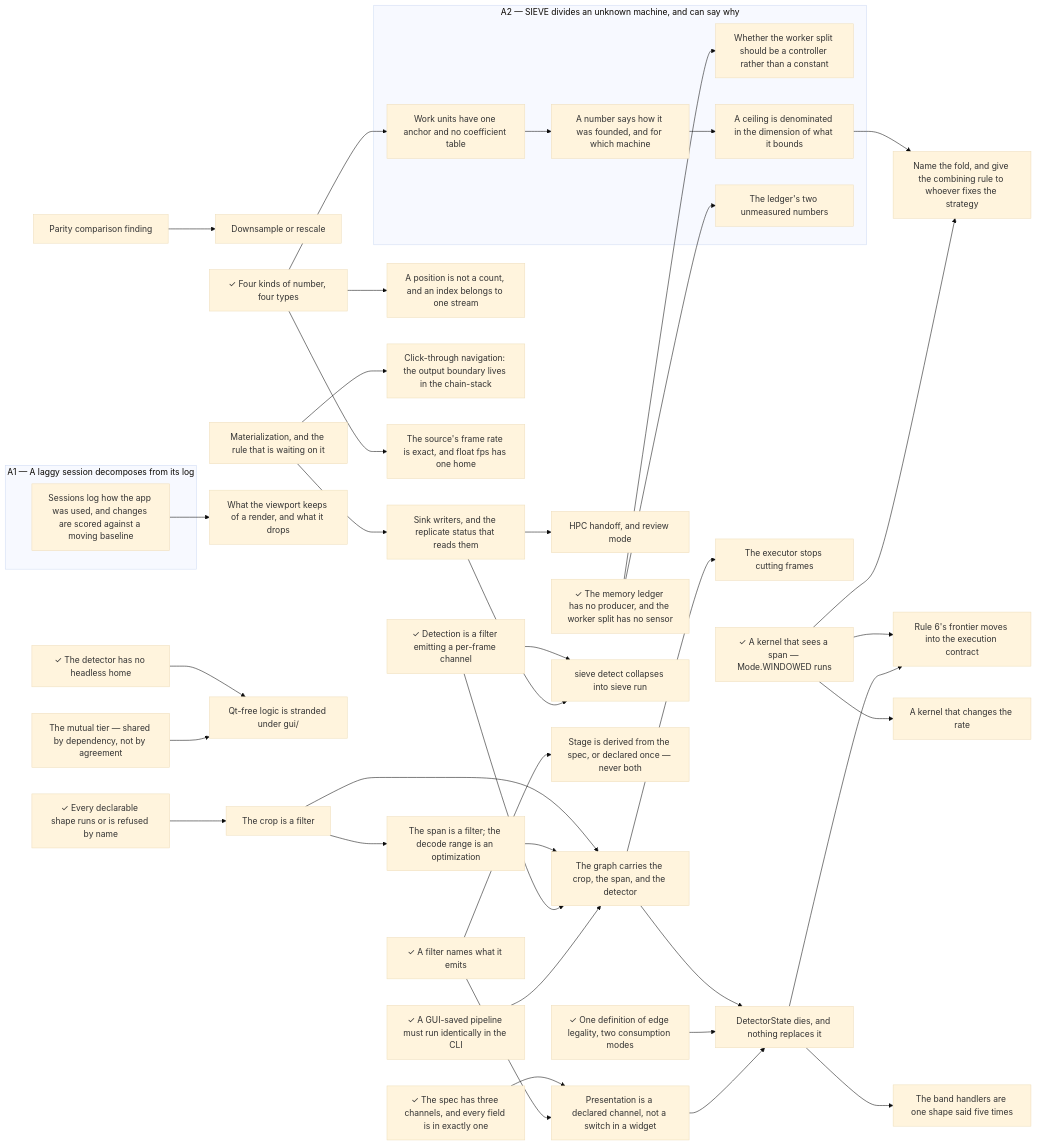
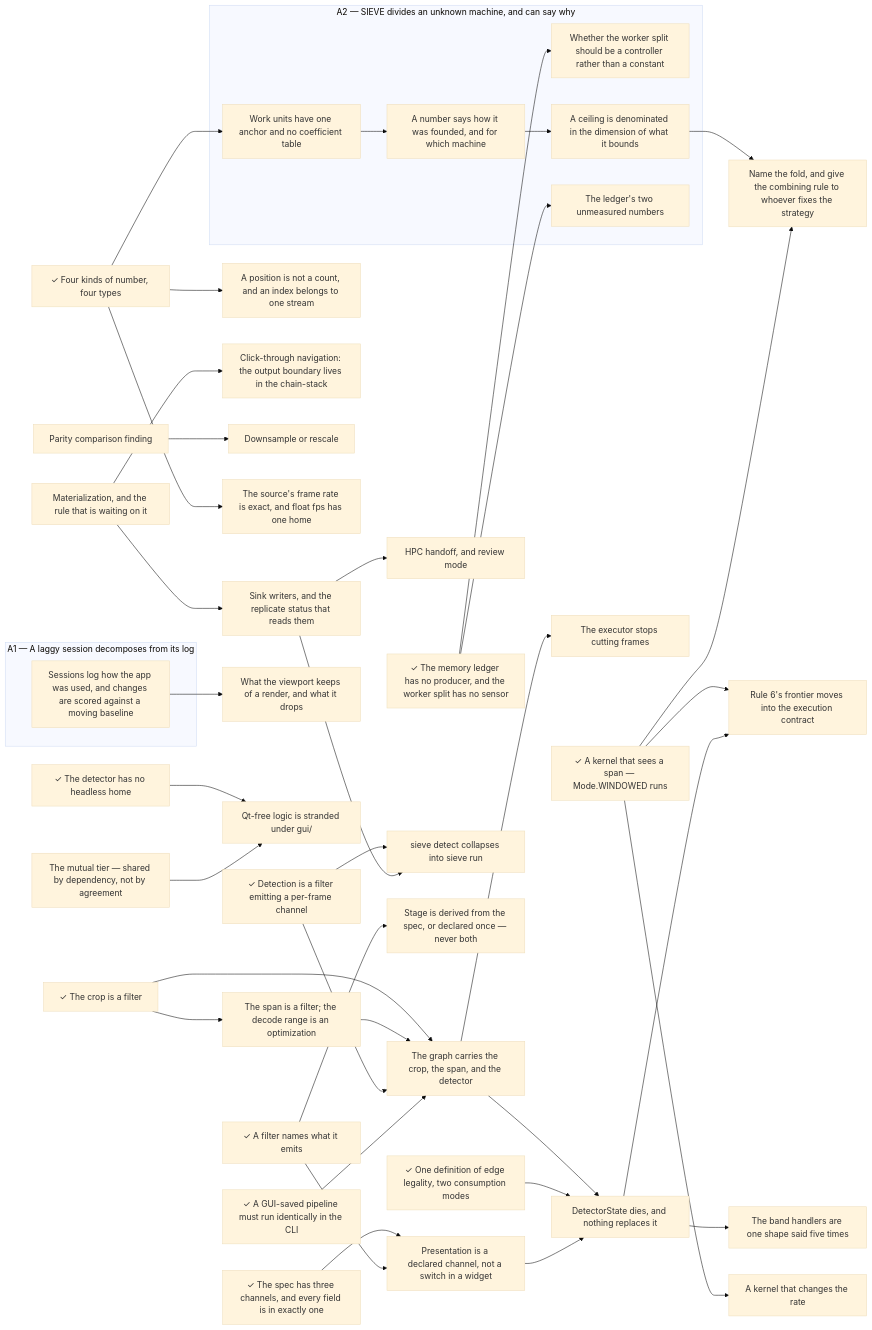
Before and after one commit to soulsynapse/antscihub-SIEVE: the diagram in docs/.state.md, drawn with Mermaid (base theme). The commit also changed other lines of this file and 11 other files, not shown here.

First line of the commit message:
feat(the-crop-is-a-filter): make the crop a discovered filter

````diff
--- a/docs/.state.md
+++ b/docs/.state.md
@@ -116,81 +114,79 @@
 ```mermaid
 graph LR
   subgraph A1["A1 — A laggy session decomposes from its log"]
       slow_path_surfacing["Sessions log how the app was used, and changes are scored against a moving baseline"]
   end
   subgraph A2["A2 — SIEVE divides an unknown machine, and can say why"]
       a_number_says_how_it_was_founded["A number says how it was founded, and for which machine"]
       adaptive_worker_allocation["Whether the worker split should be a controller rather than a constant"]
       ceilings_in_the_dimension_they_bound["A ceiling is denominated in the dimension of what it bounds"]
       ledger_measurements["The ledger's two unmeasured numbers"]
       work_units_have_one_anchor["Work units have one anchor and no coefficient table"]
   end
     a_filter_names_what_it_emits["✓ A filter names what it emits"]
     a_kernel_that_changes_the_rate["A kernel that changes the rate"]
     a_kernel_that_sees_a_span["✓ A kernel that sees a span — Mode.WINDOWED runs"]
     a_position_is_not_a_count["A position is not a count, and an index belongs to one stream"]
     click_through_navigation["Click-through navigation: the output boundary lives in the chain-stack"]
-    declarable_but_not_runnable["✓ Every declarable shape runs or is refused by name"]
     detection_is_a_filter["✓ Detection is a filter emitting a per-frame channel"]
     detector_state_dies["DetectorState dies, and nothing replaces it"]
     downsample_or_rescale["Downsample or rescale"]
     exact_source_frame_rate["The source's frame rate is exact, and float fps has one home"]
     four_numbers_four_types["✓ Four kinds of number, four types"]
     gui_cli_execution_parity["✓ A GUI-saved pipeline must run identically in the CLI"]
     headless_detection["✓ The detector has no headless home"]
     hpc_handoff_and_review_mode["HPC handoff, and review mode"]
     ledger_producers["✓ The memory ledger has no producer, and the worker split has no sensor"]
     materialization["Materialization, and the rule that is waiting on it"]
     name_the_fold["Name the fold, and give the combining rule to whoever fixes the strategy"]
     one_definition_of_edge_legality["✓ One definition of edge legality, two consumption modes"]
     parity_comparison_finding["Parity comparison finding"]
     presentation_is_a_channel_not_a_switch["Presentation is a declared channel, not a switch in a widget"]
     proxy_retention_policy["What the viewport keeps of a render, and what it drops"]
     qt_free_logic_under_gui["Qt-free logic is stranded under gui/"]
     rule_sixs_frontier_moves_into_the_contract["Rule 6's frontier moves into the execution contract"]
     sieve_detect_collapses_into_sieve_run["sieve detect collapses into sieve run"]
     sink_writers["Sink writers, and the replicate status that reads them"]
     stage_is_derived_or_declared_once["Stage is derived from the spec, or declared once — never both"]
     the_band_handlers_are_one_shape_said_five_times["The band handlers are one shape said five times"]
-    the_crop_is_a_filter["The crop is a filter"]
+    the_crop_is_a_filter["✓ The crop is a filter"]
     the_executor_stops_cutting_frames["The executor stops cutting frames"]
     the_graph_carries_the_crop_the_span_and_the_detector["The graph carries the crop, the span, and the detector"]
     the_mutual_tier["The mutual tier — shared by dependency, not by agreement"]
     the_span_is_a_filter["The span is a filter; the decode range is an optimization"]
     the_spec_has_three_channels["✓ The spec has three channels, and every field is in exactly one"]
     a_kernel_that_sees_a_span --> a_kernel_that_changes_the_rate
     work_units_have_one_anchor --> a_number_says_how_it_was_founded
     four_numbers_four_types --> a_position_is_not_a_count
     ledger_producers --> adaptive_worker_allocation
     a_number_says_how_it_was_founded --> ceilings_in_the_dimension_they_bound
     materialization --> click_through_navigation
     the_graph_carries_the_crop_the_span_and_the_detector --> detector_state_dies
     one_definition_of_edge_legality --> detector_state_dies
     presentation_is_a_channel_not_a_switch --> detector_state_dies
     parity_comparison_finding --> downsample_or_rescale
     four_numbers_four_types --> exact_source_frame_rate
     sink_writers --> hpc_handoff_and_review_mode
     ledger_producers --> ledger_measurements
     ceilings_in_the_dimension_they_bound --> name_the_fold
     a_kernel_that_sees_a_span --> name_the_fold
     the_spec_has_three_channels --> presentation_is_a_channel_not_a_switch
     a_filter_names_what_it_emits --> presentation_is_a_channel_not_a_switch
     slow_path_surfacing --> proxy_retention_policy
     headless_detection --> qt_free_logic_under_gui
     the_mutual_tier --> qt_free_logic_under_gui
     a_kernel_that_sees_a_span --> rule_sixs_frontier_moves_into_the_contract
     detector_state_dies --> rule_sixs_frontier_moves_into_the_contract
     detection_is_a_filter --> sieve_detect_collapses_into_sieve_run
     sink_writers --> sieve_detect_collapses_into_sieve_run
     materialization --> sink_writers
     a_filter_names_what_it_emits --> stage_is_derived_or_declared_once
     detector_state_dies --> the_band_handlers_are_one_shape_said_five_times
-    declarable_but_not_runnable --> the_crop_is_a_filter
     the_graph_carries_the_crop_the_span_and_the_detector --> the_executor_stops_cutting_frames
     the_crop_is_a_filter --> the_graph_carries_the_crop_the_span_and_the_detector
     the_span_is_a_filter --> the_graph_carries_the_crop_the_span_and_the_detector
     detection_is_a_filter --> the_graph_carries_the_crop_the_span_and_the_detector
     gui_cli_execution_parity --> the_graph_carries_the_crop_the_span_and_the_detector
     the_crop_is_a_filter --> the_span_is_a_filter
     four_numbers_four_types --> work_units_have_one_anchor
 ```
````
